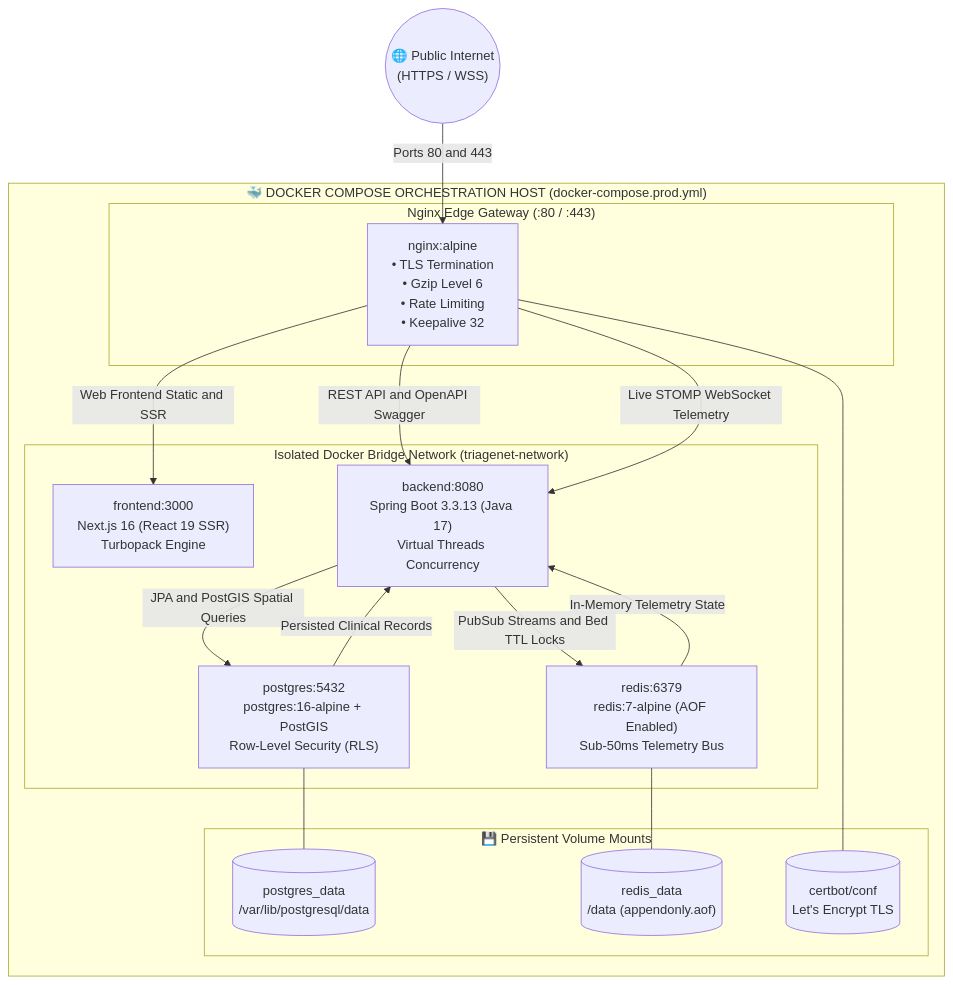
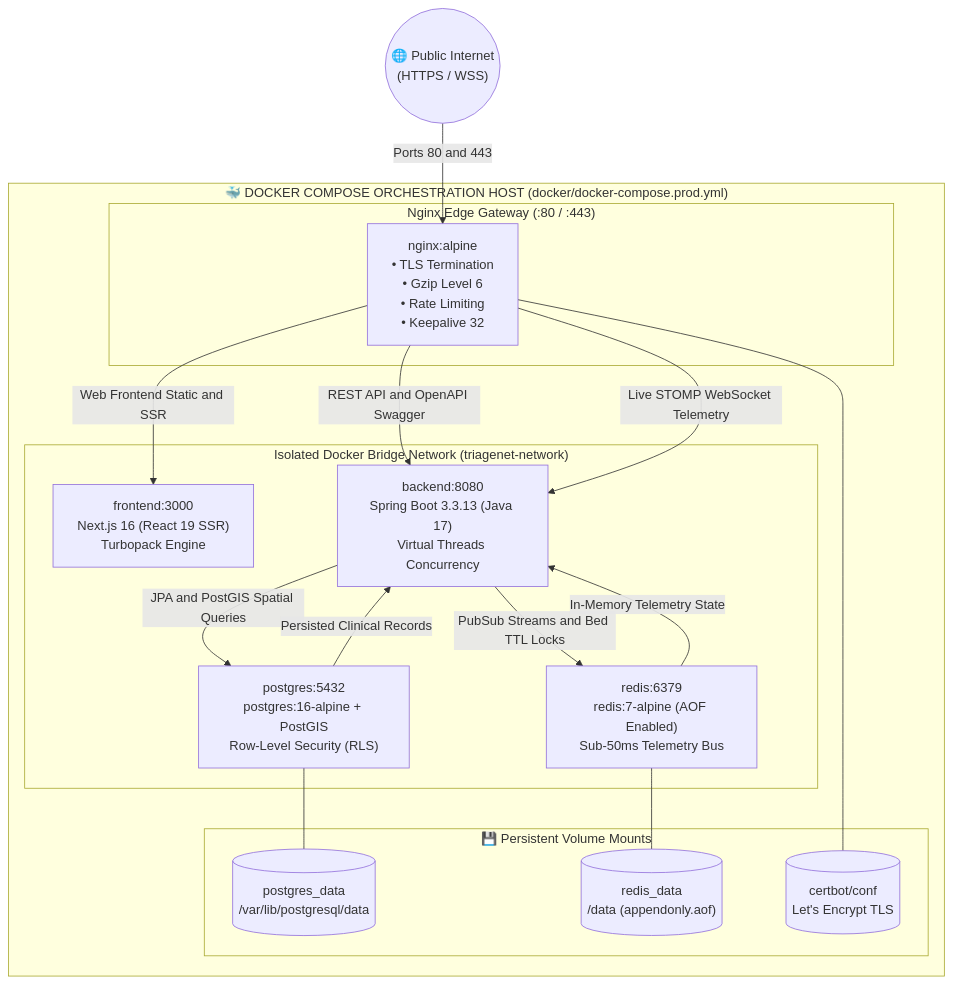
Before and after one commit to PG300604/TriageNet: the third of 4 diagrams in README.md, drawn with Mermaid. The commit also changed other lines of this file and 18 other files, not shown here.

````diff
--- a/README.md
+++ b/README.md
@@ -335,37 +360,37 @@
 ```mermaid
 flowchart TB
     Internet(("🌐 Public Internet<br/>(HTTPS / WSS)"))
 
-    subgraph DockerHost ["🐳 DOCKER COMPOSE ORCHESTRATION HOST (docker-compose.prod.yml)"]
+    subgraph DockerHost ["🐳 DOCKER COMPOSE ORCHESTRATION HOST (docker/docker-compose.prod.yml)"]
         subgraph Gateway ["Nginx Edge Gateway (:80 / :443)"]
             NGINX["nginx:alpine<br/>• TLS Termination<br/>• Gzip Level 6<br/>• Rate Limiting<br/>• Keepalive 32"]
         end
 
         subgraph BridgeNetwork ["Isolated Docker Bridge Network (triagenet-network)"]
             FRONTEND["frontend:3000<br/>Next.js 16 (React 19 SSR)<br/>Turbopack Engine"]
             BACKEND["backend:8080<br/>Spring Boot 3.3.13 (Java 17)<br/>Virtual Threads Concurrency"]
             REDIS["redis:6379<br/>redis:7-alpine (AOF Enabled)<br/>Sub-50ms Telemetry Bus"]
             POSTGRES["postgres:5432<br/>postgres:16-alpine + PostGIS<br/>Row-Level Security (RLS)"]
         end
 
         subgraph Volumes ["💾 Persistent Volume Mounts"]
             V_PG[("postgres_data<br/>/var/lib/postgresql/data")]
             V_REDIS[("redis_data<br/>/data (appendonly.aof)")]
             V_SSL[("certbot/conf<br/>Let's Encrypt TLS")]
         end
     end
 
     Internet -->|Ports 80 and 443| NGINX
     NGINX -->|Web Frontend Static and SSR| FRONTEND
     NGINX -->|REST API and OpenAPI Swagger| BACKEND
     NGINX -->|Live STOMP WebSocket Telemetry| BACKEND
 
     BACKEND -->|PubSub Streams and Bed TTL Locks| REDIS
     REDIS -->|In-Memory Telemetry State| BACKEND
     BACKEND -->|JPA and PostGIS Spatial Queries| POSTGRES
     POSTGRES -->|Persisted Clinical Records| BACKEND
 
     POSTGRES --- V_PG
     REDIS --- V_REDIS
     NGINX --- V_SSL
 ```
````
